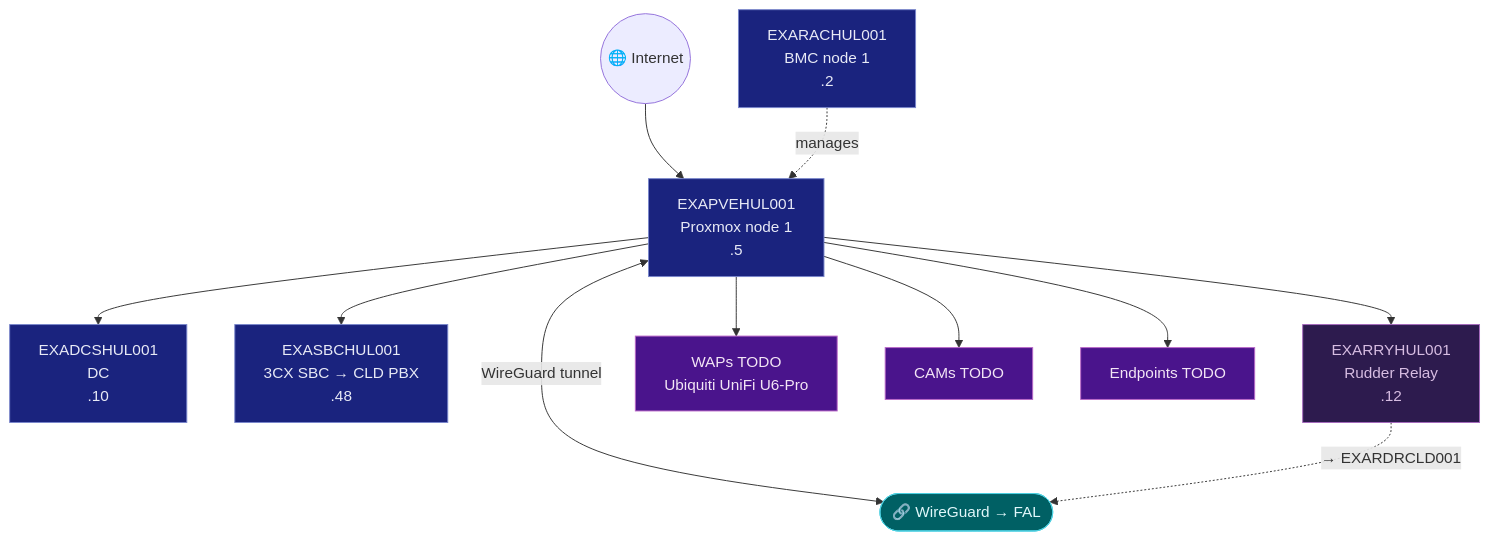
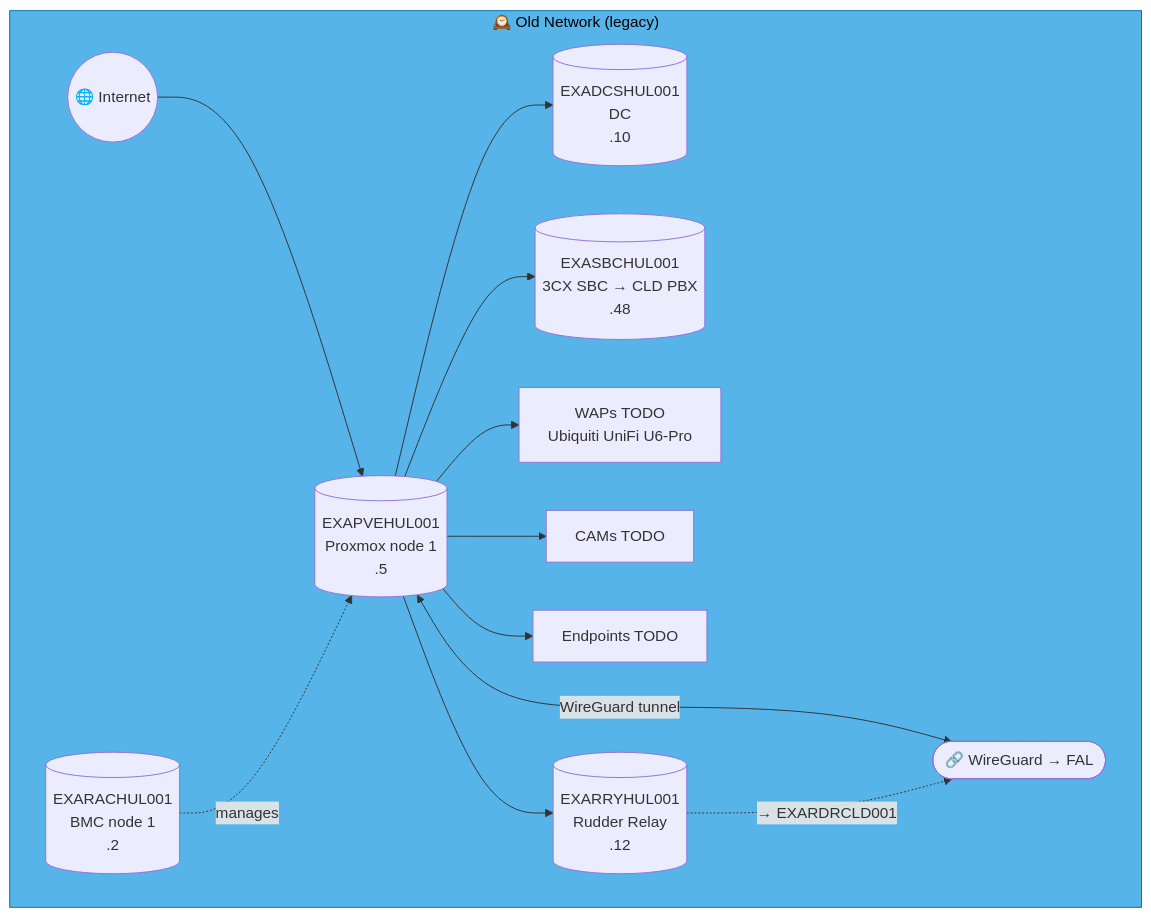
Before and after one commit to knightmare2600/example_music_infra: diagram 16 of 47 in docs/network-diagram.md, drawn with Mermaid. The commit also changed other lines of this file and 2 other files, not shown here.

````diff
--- a/docs/network-diagram.md
+++ b/docs/network-diagram.md
@@ -851,29 +790,24 @@
 ```mermaid
 graph TD
-    INET(("🌐 Internet"))
-    RAC["EXARACHUL001<br/>BMC node 1<br/>.2"]
-    PVE["EXAPVEHUL001<br/>Proxmox node 1<br/>.5"]
-    DC["EXADCSHUL001<br/>DC<br/>.10"]
-    SBC["EXASBCHUL001<br/>3CX SBC → CLD PBX<br/>.48"]
-    RRY["EXARRYHUL001<br/>Rudder Relay<br/>.12"]
-    WAP["WAPs TODO<br/>Ubiquiti UniFi U6-Pro"]
-    CAM["CAMs TODO"]
-    EP["Endpoints TODO"]
-    VPN(["🔗 WireGuard → FAL"])
+    subgraph OLD_HUL ["🕰️ Old Network (legacy)"]
+      INET(("🌐 Internet"))
+      RAC[("EXARACHUL001<br/>BMC node 1<br/>.2")]
+      PVE[("EXAPVEHUL001<br/>Proxmox node 1<br/>.5")]
+      DC[("EXADCSHUL001<br/>DC<br/>.10")]
+      SBC[("EXASBCHUL001<br/>3CX SBC → CLD PBX<br/>.48")]
+      RRY[("EXARRYHUL001<br/>Rudder Relay<br/>.12")]
+      WAP["WAPs TODO<br/>Ubiquiti UniFi U6-Pro"]
+      CAM["CAMs TODO"]
+      EP["Endpoints TODO"]
+      VPN(["🔗 WireGuard → FAL"])
 
-    INET --> PVE --> DC & SBC
-    RAC -.->|"manages"| PVE
-    PVE --> WAP & CAM & EP
-    PVE <-->|"WireGuard tunnel"| VPN
+      INET --> PVE --> DC & SBC
+      RAC -.->|"manages"| PVE
+      PVE --> WAP & CAM & EP
+      PVE <-->|"WireGuard tunnel"| VPN
 
-    PVE --> RRY
-    RRY -. "→ EXARDRCLD001" .-> VPN
-    classDef srv fill:#1a237e,stroke:#7986cb,color:#e8eaf6
-    classDef ep fill:#4a148c,stroke:#ba68c8,color:#f3e5f5
-    classDef vpn fill:#006064,stroke:#4dd0e1,color:#e0f7fa
-    classDef rudder fill:#2d1b4e,stroke:#a569bd,color:#d7bde2
-    class PVE,DC,SBC,RAC srv
-    class RRY rudder
-    class WAP,CAM,EP ep
-    class VPN vpn
+      PVE --> RRY
+      RRY -. "→ EXARDRCLD001" .-> VPN
+    end
+    style OLD_HUL fill:#56B4E9,stroke:#0072B2,color:#000000
 ```
````
